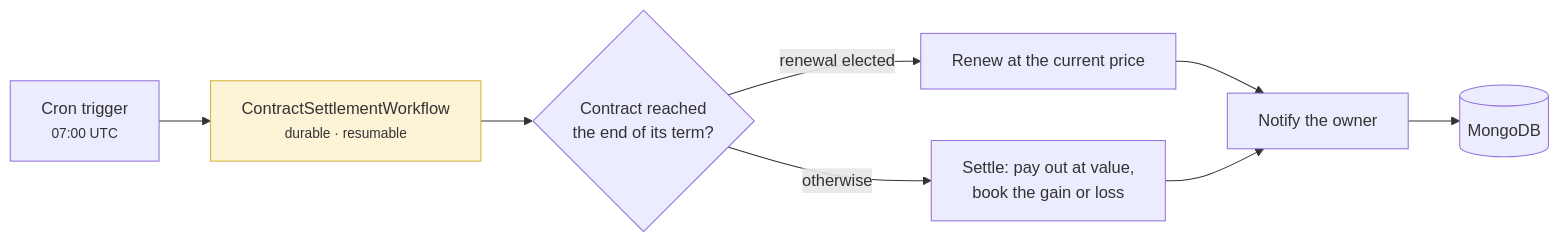
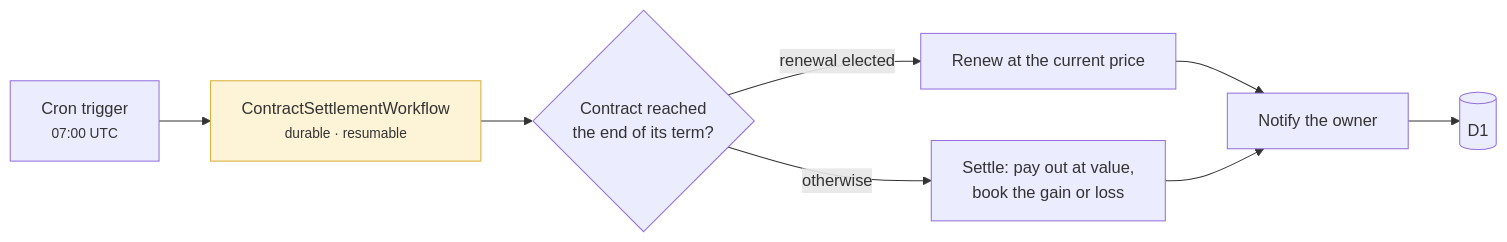
The fifth of 6 diagrams in docs/site/pages/architecture/data-flow.md (FantasyWiki/FantasyWiki), drawn with Mermaid before and after one commit. The commit also changed other lines of this file and 30 other files, not shown here.

````diff
--- a/docs/site/pages/architecture/data-flow.md
+++ b/docs/site/pages/architecture/data-flow.md
@@ -209,13 +211,13 @@
 ```mermaid
 flowchart LR
   CRON["Cron trigger<br/><small>07:00 UTC</small>"] --> WF["ContractSettlementWorkflow<br/><small>durable · resumable</small>"]
   WF --> Q{"Contract reached<br/>the end of its term?"}
   Q -->|"renewal elected"| REN["Renew at the current price"]
   Q -->|"otherwise"| SET["Settle: pay out at value,<br/>book the gain or loss"]
   REN --> N["Notify the owner"]
   SET --> N
-  N --> DB[("MongoDB")]
+  N --> DB[("D1")]
 
   classDef seam fill:#fdf3d6,stroke:#d8b03a;
   class WF seam;
 ```
````
